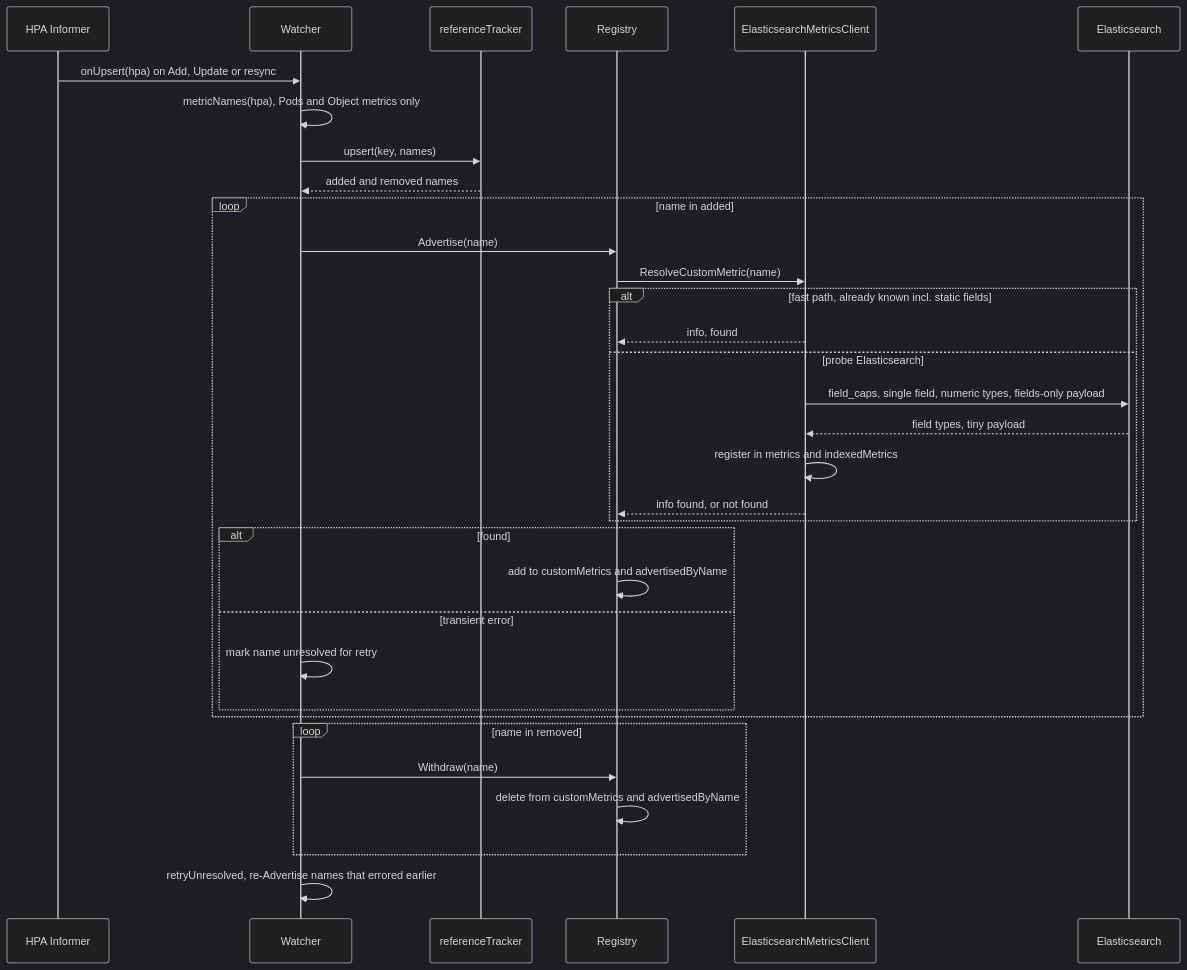
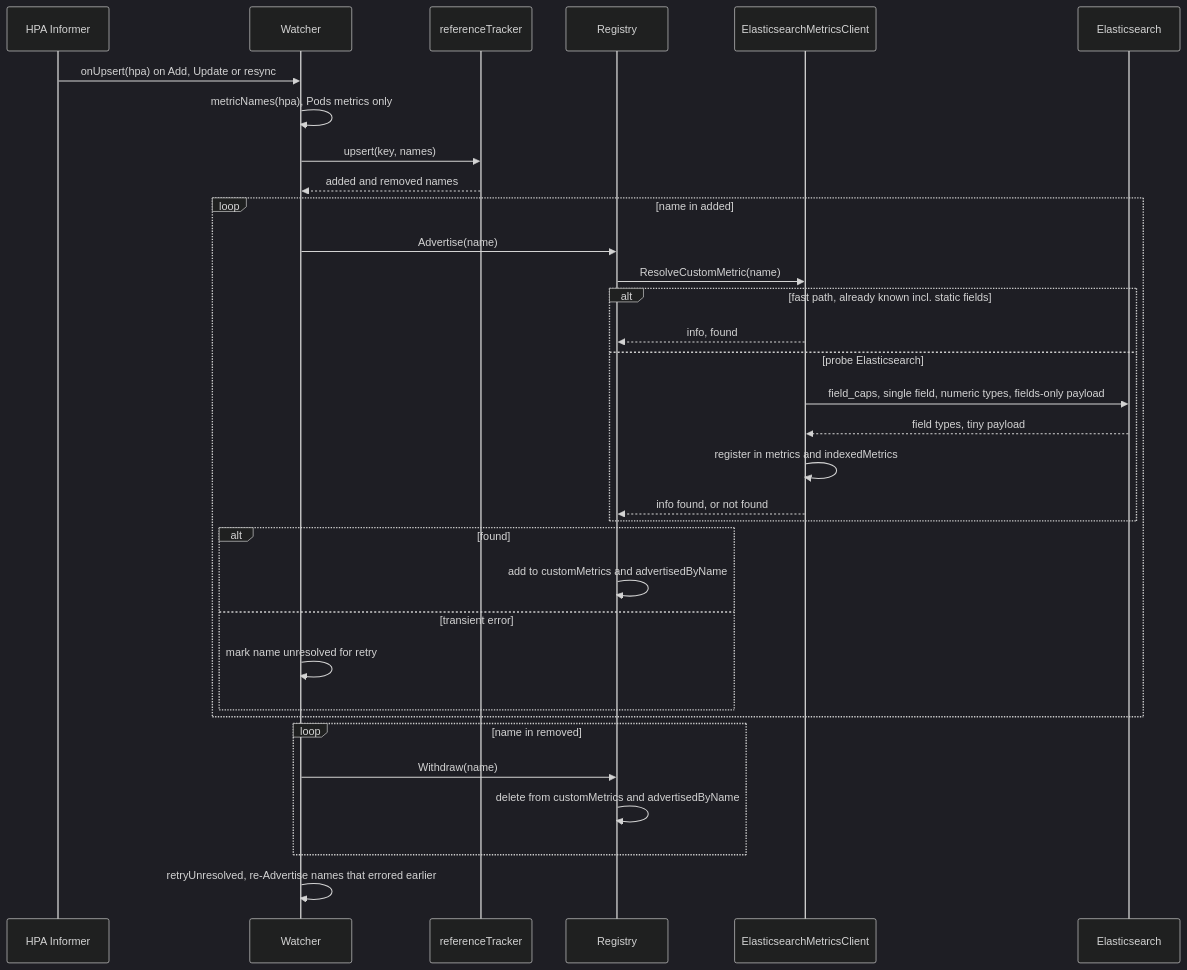
One commit to elastic/elasticsearch-k8s-metrics-adapter changed the third of 5 diagrams in docs/hpa-discovery.md. Above: the diagram before and after it, drawn with Mermaid (dark theme).

Commit message:
docs(hpa): correct sequence diagram to Pods metrics only
metricNames handles only PodsMetricSourceType; Object metrics were intentionally
dropped earlier in this PR. The sequence diagram still said "Pods and Object
metrics only", contradicting the implementation.

````diff
--- a/docs/hpa-discovery.md
+++ b/docs/hpa-discovery.md
@@ -194,36 +194,36 @@
 ```mermaid
 sequenceDiagram
     participant Inf as HPA Informer
     participant W as Watcher
     participant T as referenceTracker
     participant Reg as Registry
     participant ES as ElasticsearchMetricsClient
     participant ESsrv as Elasticsearch
 
     Inf->>W: onUpsert(hpa) on Add, Update or resync
-    W->>W: metricNames(hpa), Pods and Object metrics only
+    W->>W: metricNames(hpa), Pods metrics only
     W->>T: upsert(key, names)
     T-->>W: added and removed names
     loop name in added
         W->>Reg: Advertise(name)
         Reg->>ES: ResolveCustomMetric(name)
         alt fast path, already known incl. static fields
             ES-->>Reg: info, found
         else probe Elasticsearch
             ES->>ESsrv: field_caps, single field, numeric types, fields-only payload
             ESsrv-->>ES: field types, tiny payload
             ES->>ES: register in metrics and indexedMetrics
             ES-->>Reg: info found, or not found
         end
         alt found
             Reg->>Reg: add to customMetrics and advertisedByName
         else transient error
             W->>W: mark name unresolved for retry
         end
     end
     loop name in removed
         W->>Reg: Withdraw(name)
         Reg->>Reg: delete from customMetrics and advertisedByName
     end
     W->>W: retryUnresolved, re-Advertise names that errored earlier
 ```
````
